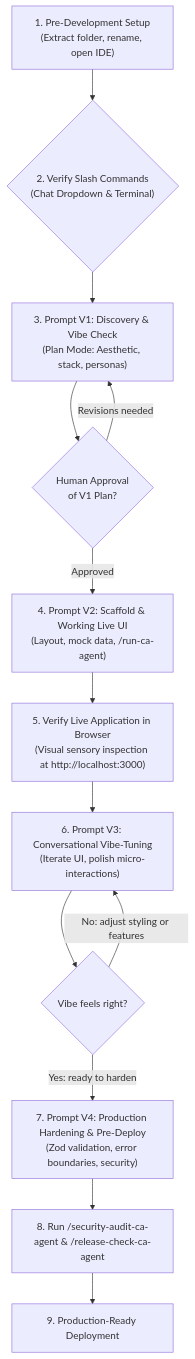
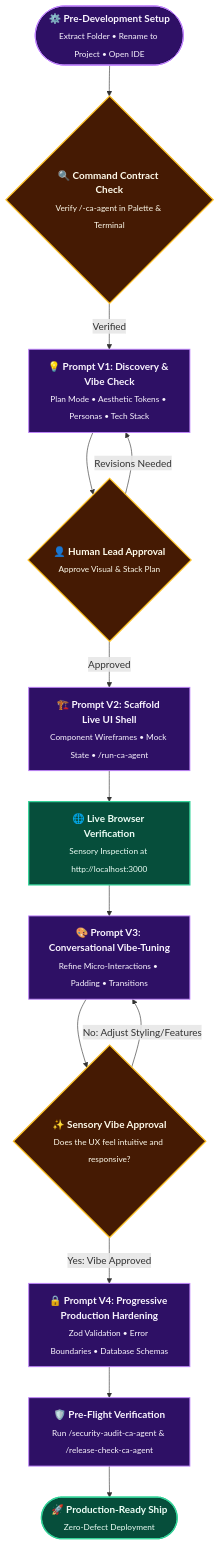
The second of 6 diagrams in README.md (rmsofficialsyt/Agentic-AI-Vibe-Coding-AND-SDD-TDD-Codebase-Chandan-Adhikary), drawn with Mermaid before and after one commit. The commit also changed other lines of this file and 23 other files, not shown here.

Commit message:
docs: redesign diagrams to Eraser.io visual style and regenerate MANIFEST.json

````diff
--- a/README.md
+++ b/README.md
@@ -84,19 +87,24 @@
 ```mermaid
 flowchart TD
-    Setup["1. Pre-Development Setup<br/>(Extract folder, rename, open IDE)"] --> CmdCheck{"2. Verify Slash Commands<br/>(Chat Dropdown & Terminal)"}
-    CmdCheck --> PV1["3. Prompt V1: Discovery & Vibe Check<br/>(Plan Mode: Aesthetic, stack, personas)"]
+    classDef step fill:#2e1065,stroke:#c084fc,stroke-width:1.5px,color:#faf5ff;
+    classDef gate fill:#451a03,stroke:#fbbf24,stroke-width:2px,color:#fffbeb;
+    classDef live fill:#064e3b,stroke:#34d399,stroke-width:2px,color:#ecfdf5;
+
+    Setup(["<b>⚙️ Pre-Development Setup</b><br/><sub>Extract Folder • Rename to Project • Open IDE</sub>"]):::step --> CmdCheck{"<b>🔍 Command Contract Check</b><br/><sub>Verify /-ca-agent in Palette & Terminal</sub>"}:::gate
     
-    PV1 --> HumanV1{"Human Approval<br/>of V1 Plan?"}
-    HumanV1 -->|"Revisions needed"| PV1
-    HumanV1 -->|"Approved"| PV2["4. Prompt V2: Scaffold & Working Live UI<br/>(Layout, mock data, /run-ca-agent)"]
+    CmdCheck -->|"Verified"| PV1["<b>💡 Prompt V1: Discovery & Vibe Check</b><br/><sub>Plan Mode • Aesthetic Tokens • Personas • Tech Stack</sub>"]:::step
     
-    PV2 --> LiveCheck["5. Verify Live Application in Browser<br/>(Visual sensory inspection at http://localhost:3000)"]
+    PV1 --> HumanV1{"<b>👤 Human Lead Approval</b><br/><sub>Approve Visual & Stack Plan</sub>"}:::gate
+    HumanV1 -->|"Revisions Needed"| PV1
+    HumanV1 -->|"Approved"| PV2["<b>🏗️ Prompt V2: Scaffold Live UI Shell</b><br/><sub>Component Wireframes • Mock State • /run-ca-agent</sub>"]:::step
     
-    LiveCheck --> PV3["6. Prompt V3: Conversational Vibe-Tuning<br/>(Iterate UI, polish micro-interactions)"]
-    PV3 --> Loop{"Vibe feels right?"}
-    Loop -->|"No: adjust styling or features"| PV3
-    Loop -->|"Yes: ready to harden"| PV4["7. Prompt V4: Production Hardening & Pre-Deploy<br/>(Zod validation, error boundaries, security)"]
+    PV2 --> LiveCheck["<b>🌐 Live Browser Verification</b><br/><sub>Sensory Inspection at http://localhost:3000</sub>"]:::live
     
-    PV4 --> Audits["8. Run /security-audit-ca-agent & /release-check-ca-agent"]
-    Audits --> Ship["9. Production-Ready Deployment"]
+    LiveCheck --> PV3["<b>🎨 Prompt V3: Conversational Vibe-Tuning</b><br/><sub>Refine Micro-Interactions • Padding • Transitions</sub>"]:::step
+    PV3 --> Loop{"<b>✨ Sensory Vibe Approval</b><br/><sub>Does the UX feel intuitive and responsive?</sub>"}:::gate
+    Loop -->|"No: Adjust Styling/Features"| PV3
+    Loop -->|"Yes: Vibe Approved"| PV4["<b>🔒 Prompt V4: Progressive Production Hardening</b><br/><sub>Zod Validation • Error Boundaries • Database Schemas</sub>"]:::step
+    
+    PV4 --> Audits["<b>🛡️ Pre-Flight Verification</b><br/><sub>Run /security-audit-ca-agent & /release-check-ca-agent</sub>"]:::step
+    Audits --> Ship(["<b>🚀 Production-Ready Ship</b><br/><sub>Zero-Defect Deployment</sub>"]):::live
 ```
````
